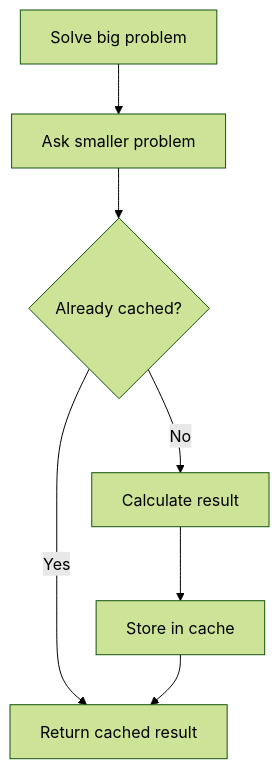
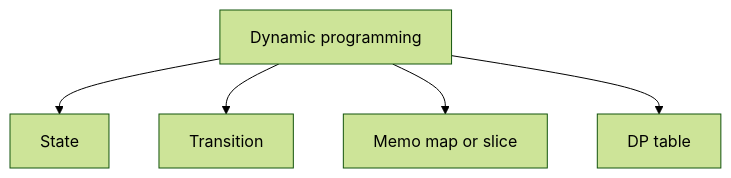
One commit to 9999dude/omega changed the first of 16 diagrams in docs/datastructures/dynamic-programming.md. Above: the diagram before and after it, drawn with Mermaid (forest theme). The commit also changed other lines of this file and 58 other files, not shown here.

````diff
--- a/docs/datastructures/dynamic-programming.md
+++ b/docs/datastructures/dynamic-programming.md
@@ -269,9 +27,8 @@
 ```mermaid
 flowchart TD
-    A["Solve big problem"] --> B["Ask smaller problem"]
-    B --> C{"Already cached?"}
-    C -- Yes --> D["Return cached result"]
-    C -- No --> E["Calculate result"]
-    E --> F["Store in cache"]
-    F --> D
+    T["Dynamic programming"]
+    T --> R0["State"]
+    T --> R1["Transition"]
+    T --> R2["Memo map or slice"]
+    T --> R3["DP table"]
 ```
````
